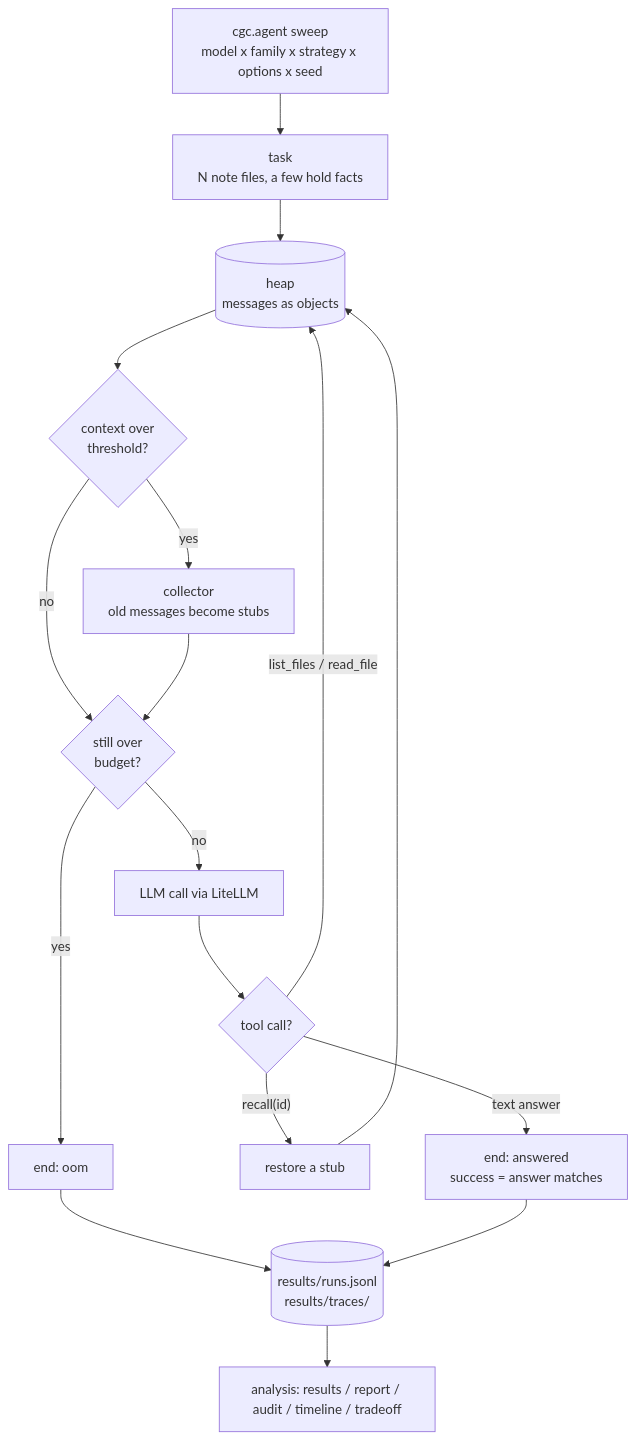
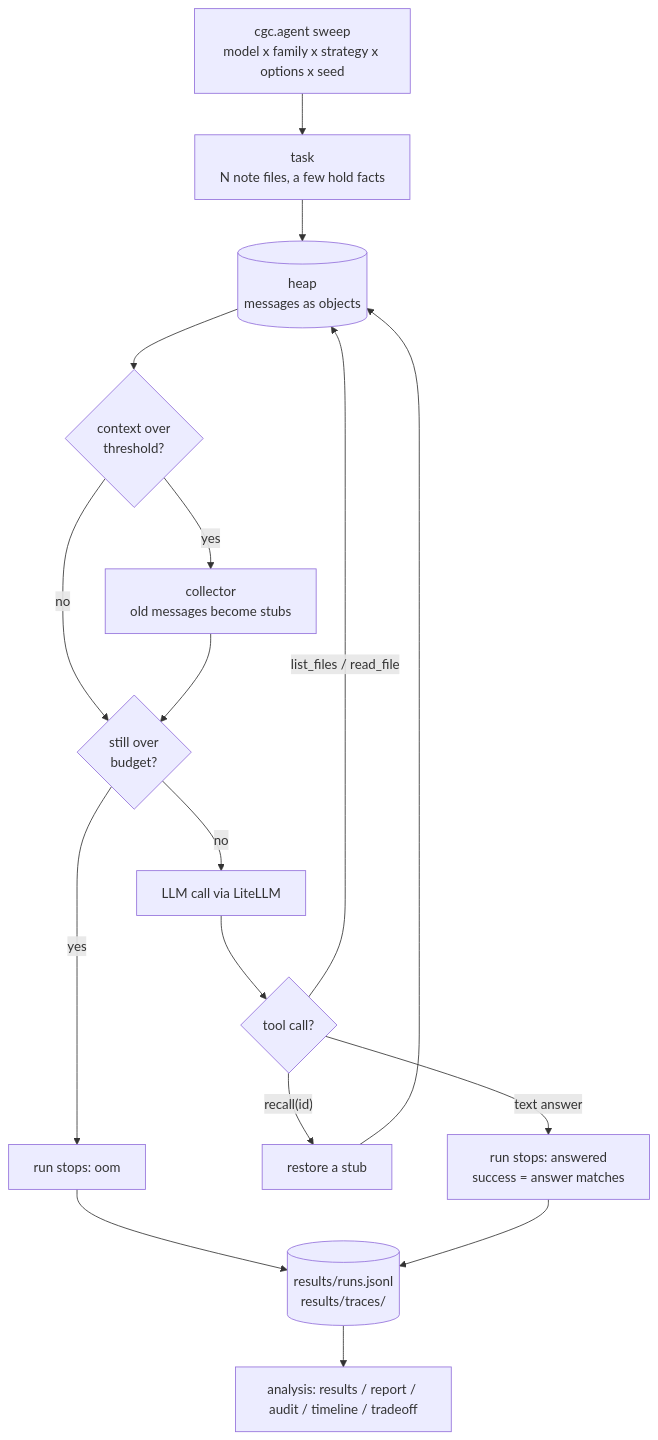
One commit to ser888gio/context-garbage-collector changed the first of 2 diagrams in README.md. Above: the diagram before and after it, drawn with Mermaid. The commit also changed other lines of this file, not shown here.

Commit message:
Fix README diagrams: avoid the mermaid end keyword, quote labels

````diff
--- a/README.md
+++ b/README.md
@@ -83,18 +83,18 @@
 ```mermaid
 flowchart TD
-    S[cgc.agent sweep<br/>model x family x strategy x options x seed] --> T[task<br/>N note files, a few hold facts]
-    T --> H[(heap<br/>messages as objects)]
-    H --> C{context over<br/>threshold?}
-    C -- yes --> G[collector<br/>old messages become stubs]
+    S["cgc.agent sweep<br/>model x family x strategy x options x seed"] --> T["task<br/>N note files, a few hold facts"]
+    T --> H[("heap<br/>messages as objects")]
+    H --> C{"context over<br/>threshold?"}
+    C -- yes --> G["collector<br/>old messages become stubs"]
     C -- no --> O
-    G --> O{still over<br/>budget?}
-    O -- yes --> X[end: oom]
-    O -- no --> L[LLM call via LiteLLM]
-    L --> A{tool call?}
-    A -- list_files / read_file --> H
-    A -- "recall(id)" --> R[restore a stub] --> H
-    A -- text answer --> E[end: answered<br/>success = answer matches]
-    X --> W[(results/runs.jsonl<br/>results/traces/)]
+    G --> O{"still over<br/>budget?"}
+    O -- yes --> X["run stops: oom"]
+    O -- no --> L["LLM call via LiteLLM"]
+    L --> A{"tool call?"}
+    A -- "list_files / read_file" --> H
+    A -- "recall(id)" --> R["restore a stub"] --> H
+    A -- "text answer" --> E["run stops: answered<br/>success = answer matches"]
+    X --> W[("results/runs.jsonl<br/>results/traces/")]
     E --> W
-    W --> P[analysis: results / report / audit / timeline / tradeoff]
+    W --> P["analysis: results / report / audit / timeline / tradeoff"]
 ```
````
